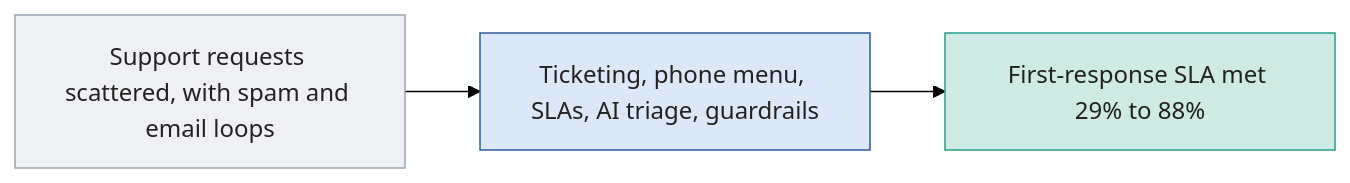
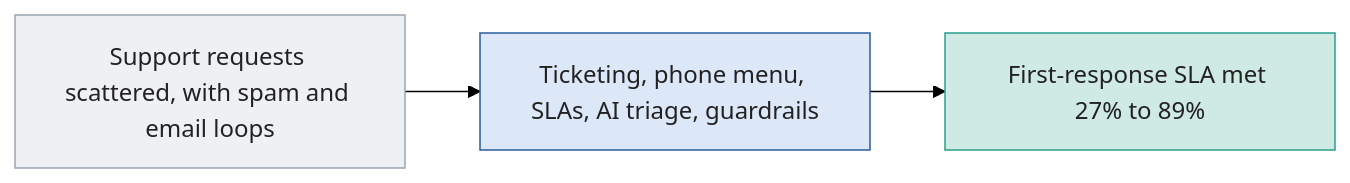
One commit to rbanola1/RevOps-Portfolio changed the diagram in 06-service-hub-and-support-agents/README.md. Above: the diagram before and after it, drawn with Mermaid (forest theme). The commit also changed other lines of this file and 64 other files, not shown here.

````diff
--- a/06-service-hub-and-support-agents/README.md
+++ b/06-service-hub-and-support-agents/README.md
@@ -8,10 +8,10 @@
 ```mermaid
 flowchart LR
-    A["Support requests scattered, with spam and email loops"] --> B["Ticketing, phone menu, SLAs, AI triage, guardrails"] --> C["First-response SLA met 29% to 88%"]
+    A["Support requests scattered, with spam and email loops"] --> B["Ticketing, phone menu, SLAs, AI triage, guardrails"] --> C["First-response SLA met 27% to 89%"]
     classDef p fill:#EEF0F3,stroke:#9AA5B1,color:#222
     classDef b fill:#DCE8F7,stroke:#2B5C9E,color:#222
     classDef r fill:#CFE9E3,stroke:#2A9D8F,color:#222
     class A p
     class B b
     class C r
 ```
````
